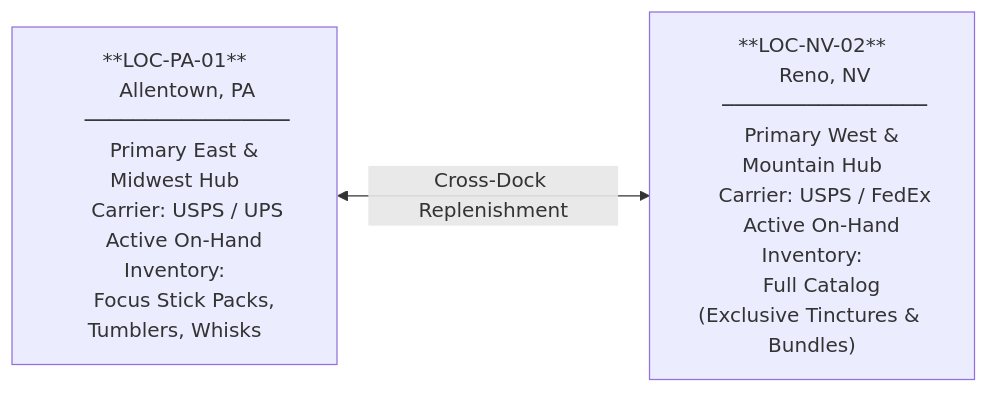
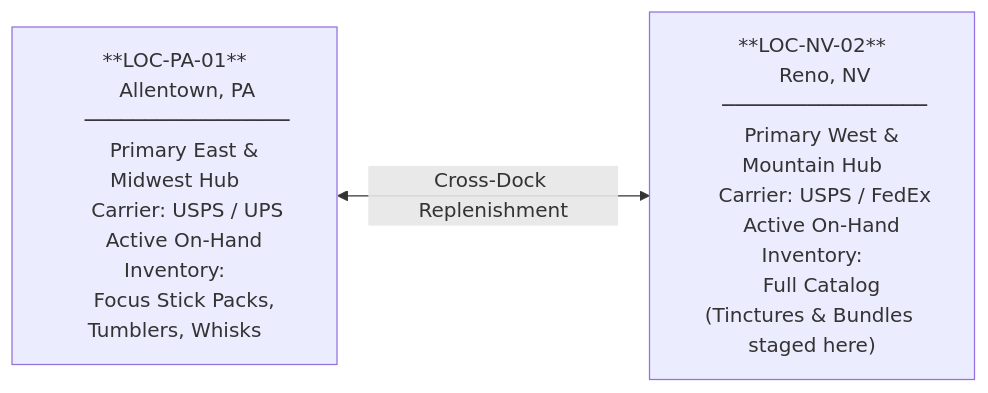
Before and after one commit to riovicsusas/portfolio: the first of 3 diagrams in domain-2-order-routing/MasterDossier-Domain2-MultiNodeLogisticsRouting.md, drawn with Mermaid. The commit also changed other lines of this file and 12 other files, not shown here.

````diff
--- a/domain-2-order-routing/MasterDossier-Domain2-MultiNodeLogisticsRouting.md
+++ b/domain-2-order-routing/MasterDossier-Domain2-MultiNodeLogisticsRouting.md
@@ -80,20 +85,20 @@
 ```mermaid
 flowchart LR
     PA["**LOC-PA-01**
     Allentown, PA
     ─────────────────
     Primary East & Midwest Hub
     Carrier: USPS / UPS
     Active On-Hand Inventory:
     Focus Stick Packs, Tumblers, Whisks"]
 
     NV["**LOC-NV-02**
     Reno, NV
     ─────────────────
     Primary West & Mountain Hub
     Carrier: USPS / FedEx
     Active On-Hand Inventory:
-    Full Catalog (Exclusive Tinctures & Bundles)"]
+    Full Catalog (Tinctures & Bundles staged here)"]
 
     PA <-->|"Cross-Dock Replenishment"| NV
 ```
````
